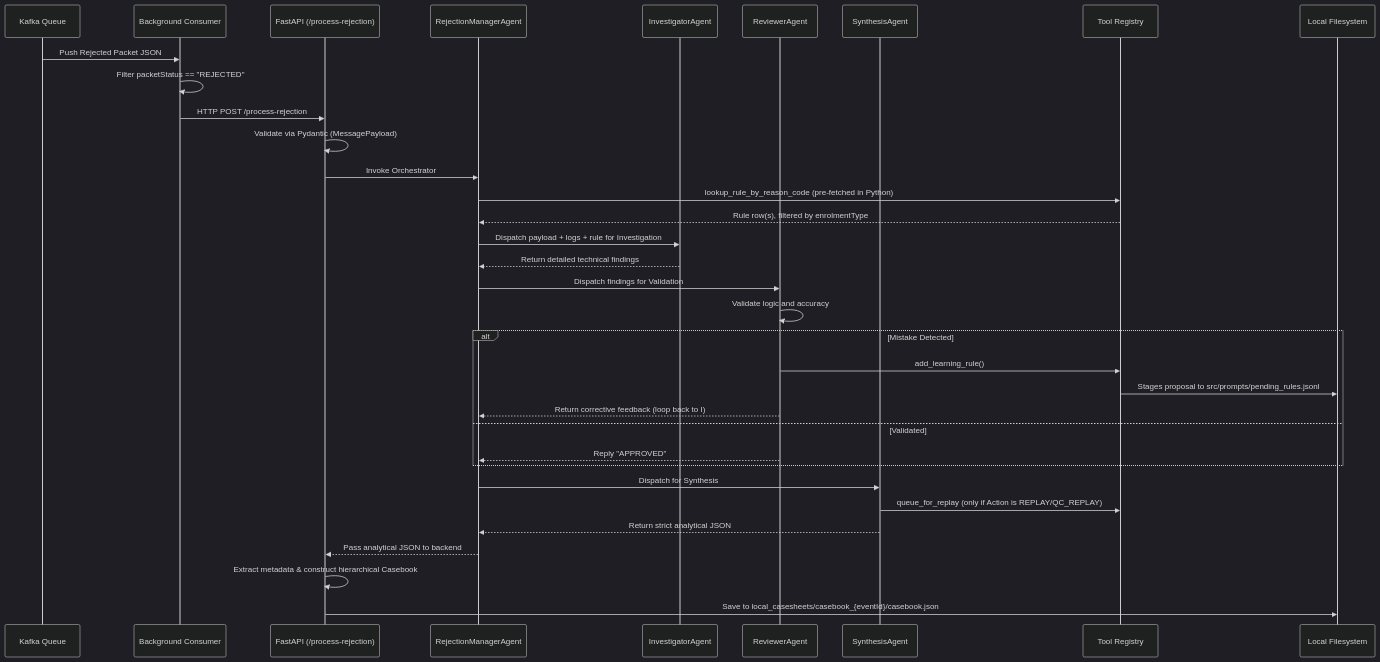
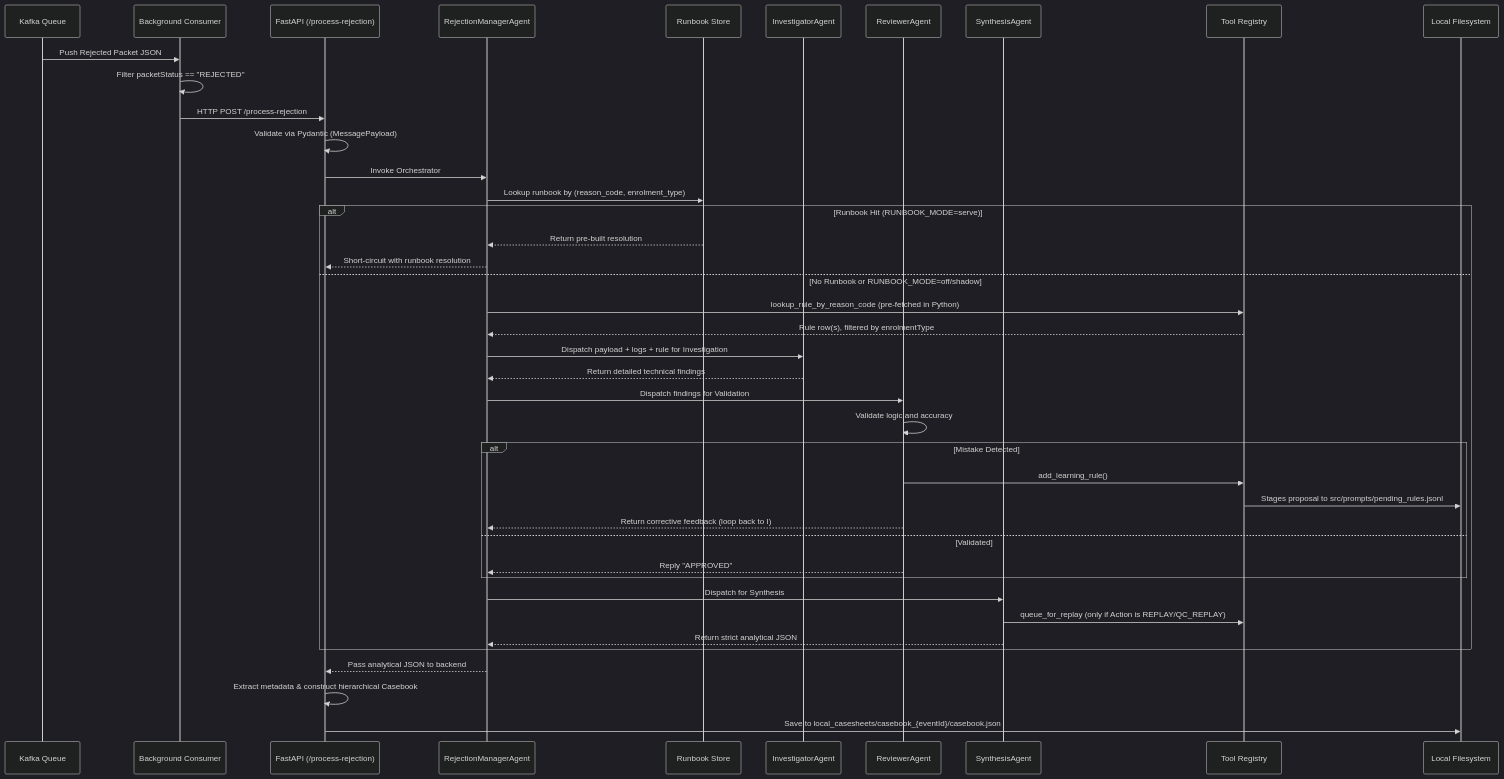
The diagram in ARCHITECTURE.md (GuruSrikanth10/packet-CRM), drawn with Mermaid (dark theme) before and after one commit. The commit also changed other lines of this file and 2 other files, not shown here.

````diff
--- a/ARCHITECTURE.md
+++ b/ARCHITECTURE.md
@@ -12,43 +12,50 @@
 ```mermaid
 sequenceDiagram
     participant K as Kafka Queue
     participant C as Background Consumer
     participant API as FastAPI (/process-rejection)
     participant M as RejectionManagerAgent
+    participant RB as Runbook Store
     participant I as InvestigatorAgent
     participant R as ReviewerAgent
     participant S as SynthesisAgent
     participant T as Tool Registry
     participant FS as Local Filesystem
 
     K->>C: Push Rejected Packet JSON
     C->>C: Filter packetStatus == "REJECTED"
     C->>API: HTTP POST /process-rejection
     
     API->>API: Validate via Pydantic (MessagePayload)
     API->>M: Invoke Orchestrator
     
-    M->>T: lookup_rule_by_reason_code (pre-fetched in Python)
-    T-->>M: Rule row(s), filtered by enrolmentType
-    M->>I: Dispatch payload + logs + rule for Investigation
-    I-->>M: Return detailed technical findings
-    
-    M->>R: Dispatch findings for Validation
-    R->>R: Validate logic and accuracy
-    
-    alt Mistake Detected
-        R->>T: add_learning_rule()
-        T->>FS: Stages proposal to src/prompts/pending_rules.jsonl
-        R-->>M: Return corrective feedback (loop back to I)
-    else Validated
-        R-->>M: Reply "APPROVED"
+    M->>RB: Lookup runbook by (reason_code, enrolment_type)
+    alt Runbook Hit (RUNBOOK_MODE=serve)
+        RB-->>M: Return pre-built resolution
+        M-->>API: Short-circuit with runbook resolution
+    else No Runbook or RUNBOOK_MODE=off/shadow
+        M->>T: lookup_rule_by_reason_code (pre-fetched in Python)
+        T-->>M: Rule row(s), filtered by enrolmentType
+        M->>I: Dispatch payload + logs + rule for Investigation
+        I-->>M: Return detailed technical findings
+        
+        M->>R: Dispatch findings for Validation
+        R->>R: Validate logic and accuracy
+        
+        alt Mistake Detected
+            R->>T: add_learning_rule()
+            T->>FS: Stages proposal to src/prompts/pending_rules.jsonl
+            R-->>M: Return corrective feedback (loop back to I)
+        else Validated
+            R-->>M: Reply "APPROVED"
+        end
+        
+        M->>S: Dispatch for Synthesis
+        S->>T: queue_for_replay (only if Action is REPLAY/QC_REPLAY)
+        S-->>M: Return strict analytical JSON
     end
-    
-    M->>S: Dispatch for Synthesis
-    S->>T: queue_for_replay (only if Action is REPLAY/QC_REPLAY)
-    S-->>M: Return strict analytical JSON
     
     M-->>API: Pass analytical JSON to backend
     API->>API: Extract metadata & construct hierarchical Casebook
     API->>FS: Save to local_casesheets/casebook_{eventId}/casebook.json
 ```
````
